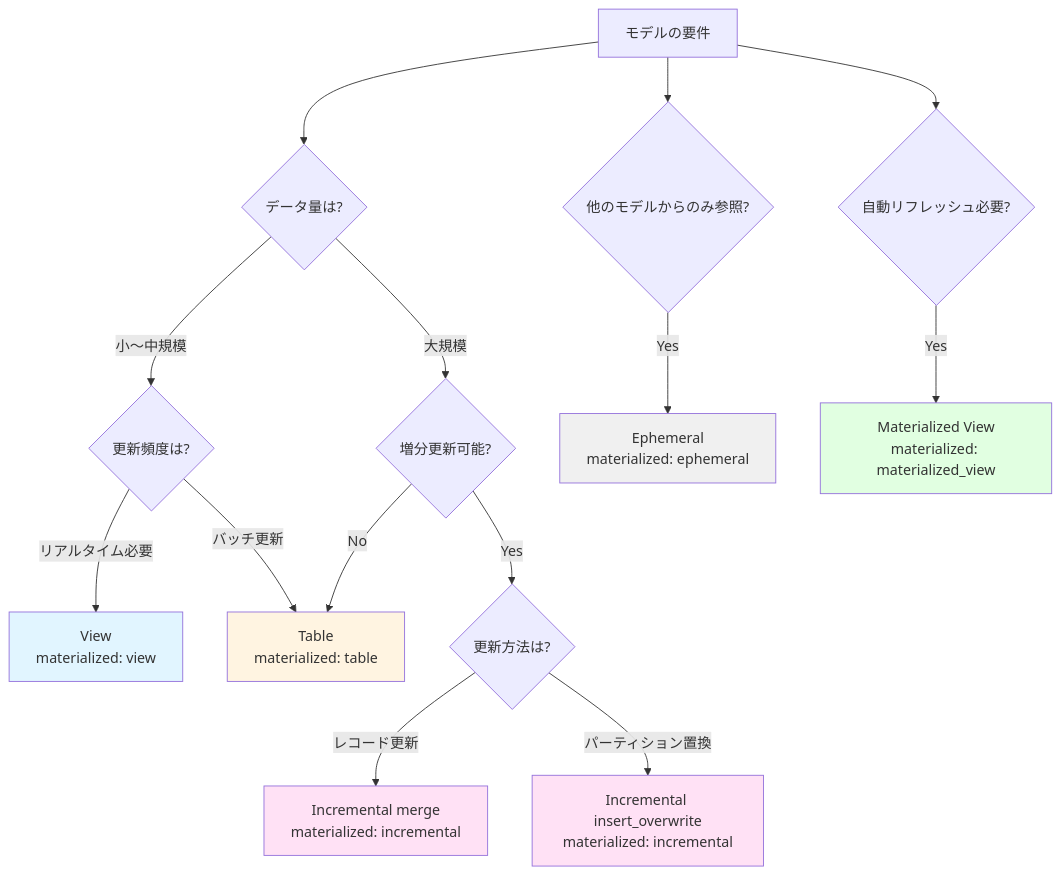
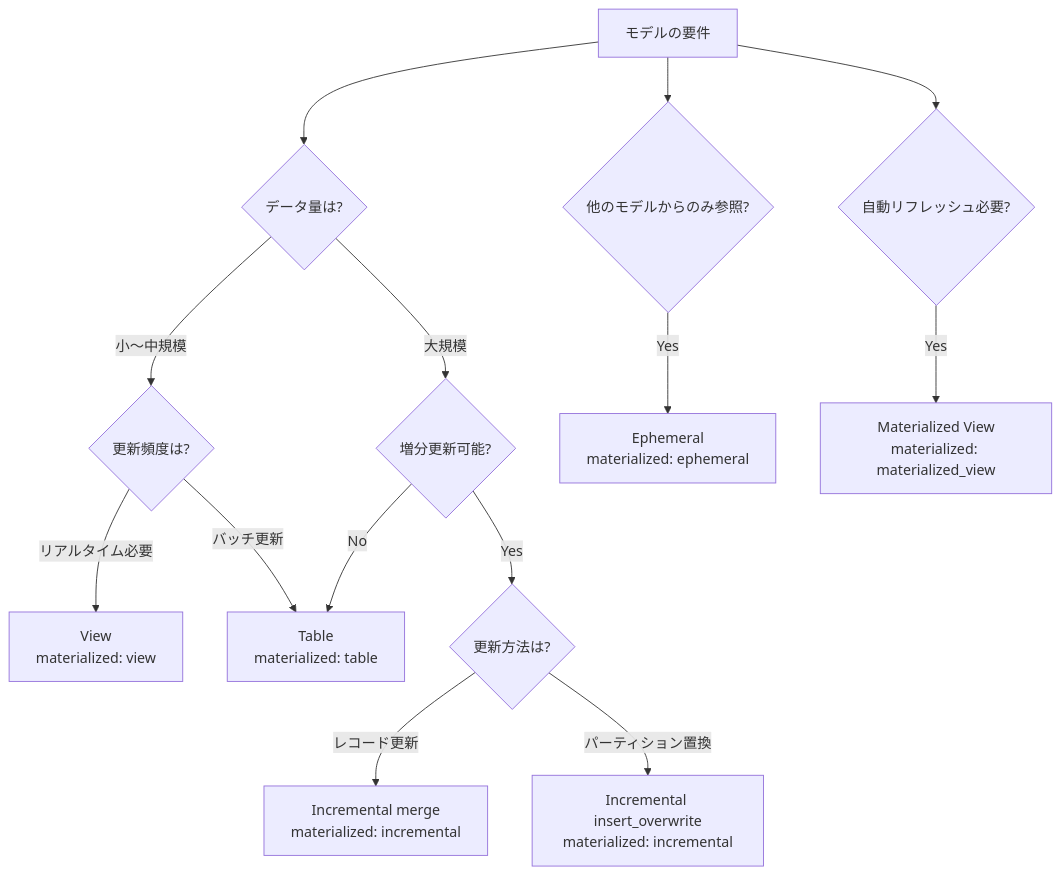
One commit to 1210yuichi0/1210yuichi0.github.io changed the diagram in content/Tech/dbt/categories/models/materialization.md. Above: the diagram before and after it, drawn with Mermaid. The commit also changed 22 other files, not shown here.

First line of the commit message:
style: remove Mermaid style directives for dark mode compatibility

````diff
--- a/content/Tech/dbt/categories/models/materialization.md
+++ b/content/Tech/dbt/categories/models/materialization.md
@@ -36,28 +36,22 @@
 ```mermaid
 flowchart TD
     Start[モデルの要件] --> Q1{データ量は?}
     Q1 -->|小〜中規模| Q2{更新頻度は?}
     Q1 -->|大規模| Q3{増分更新可能?}
 
     Q2 -->|リアルタイム必要| View[View<br/>materialized: view]
     Q2 -->|バッチ更新| Table[Table<br/>materialized: table]
 
     Q3 -->|Yes| Q4{更新方法は?}
     Q3 -->|No| Table
 
     Q4 -->|レコード更新| Merge[Incremental merge<br/>materialized: incremental]
     Q4 -->|パーティション置換| InsertOver[Incremental insert_overwrite<br/>materialized: incremental]
 
     Start --> Q5{他のモデルからのみ参照?}
     Q5 -->|Yes| Ephemeral[Ephemeral<br/>materialized: ephemeral]
 
     Start --> Q6{自動リフレッシュ必要?}
     Q6 -->|Yes| MatView[Materialized View<br/>materialized: materialized_view]
 
-    style View fill:#e1f5ff
-    style Table fill:#fff4e1
-    style Merge fill:#ffe1f5
-    style InsertOver fill:#ffe1f5
-    style Ephemeral fill:#f0f0f0
-    style MatView fill:#e1ffe1
 ```
````
